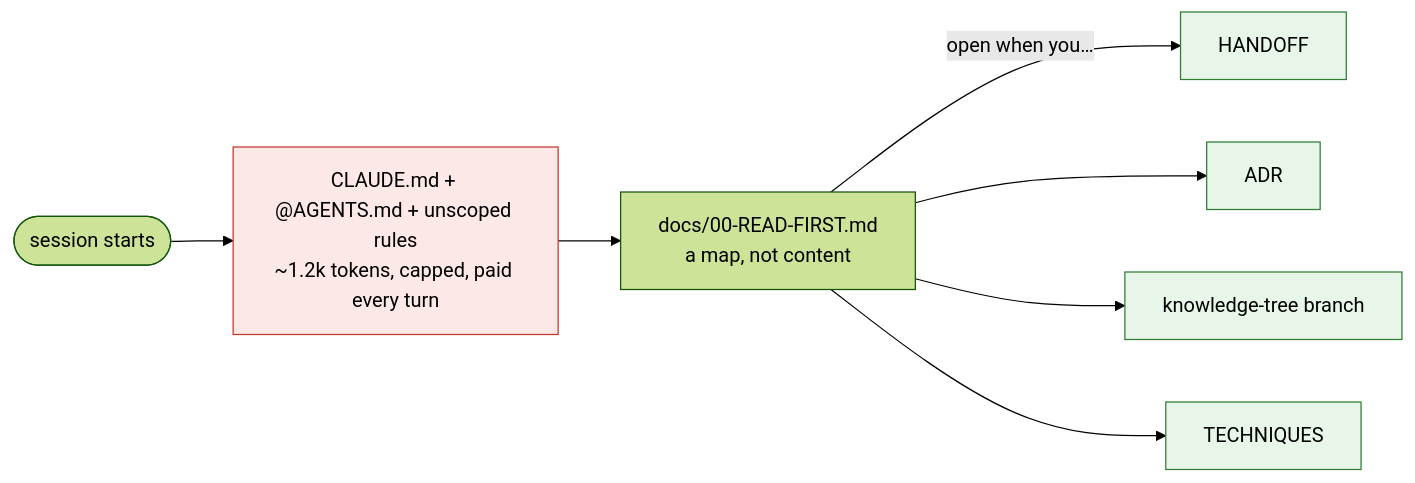
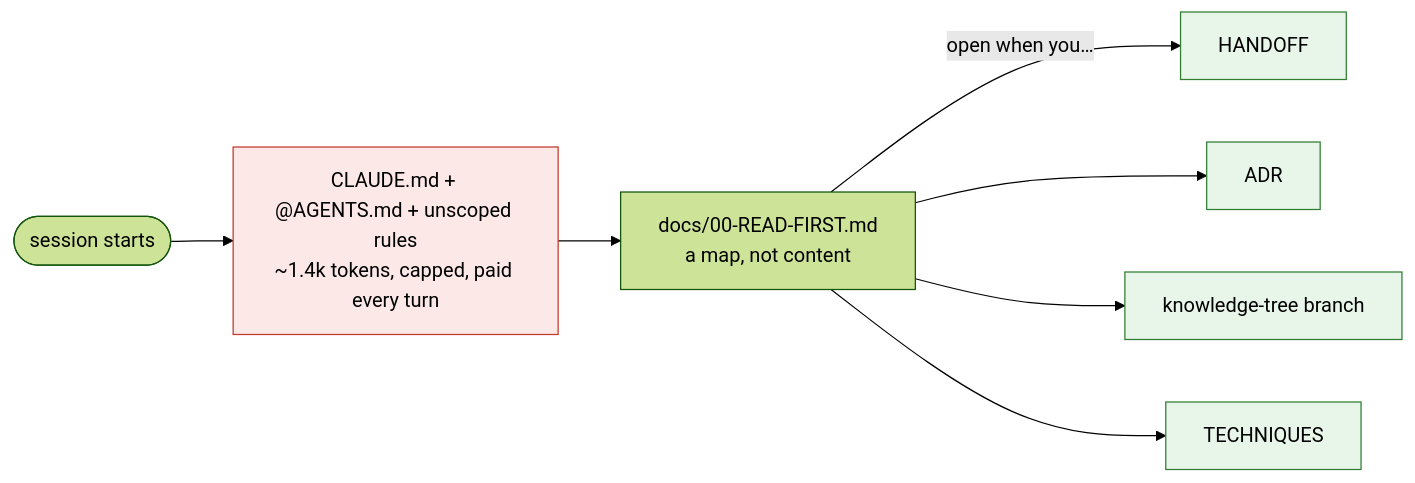
One commit to MenoDK/docsguard changed the first of 3 diagrams in README.md. Above: the diagram before and after it, drawn with Mermaid (forest theme). The commit also changed other lines of this file and 62 other files, not shown here.

````diff
--- a/README.md
+++ b/README.md
@@ -80,13 +133,13 @@
 ```mermaid
 flowchart LR
-    S([session starts]) --> L["CLAUDE.md + @AGENTS.md + unscoped rules<br/>~1.2k tokens, capped, paid every turn"]
+    S([session starts]) --> L["CLAUDE.md + @AGENTS.md + unscoped rules<br/>~1.4k tokens, capped, paid every turn"]
     L --> M["docs/00-READ-FIRST.md<br/>a map, not content"]
     M -->|"open when you…"| H[HANDOFF]
     M --> A[ADR]
     M --> K[knowledge-tree branch]
     M --> T[TECHNIQUES]
     classDef paid fill:#fde8e8,stroke:#c0392b
     classDef lazy fill:#e8f5e9,stroke:#2e7d32
     class L paid
     class H,A,K,T lazy
 ```
````
